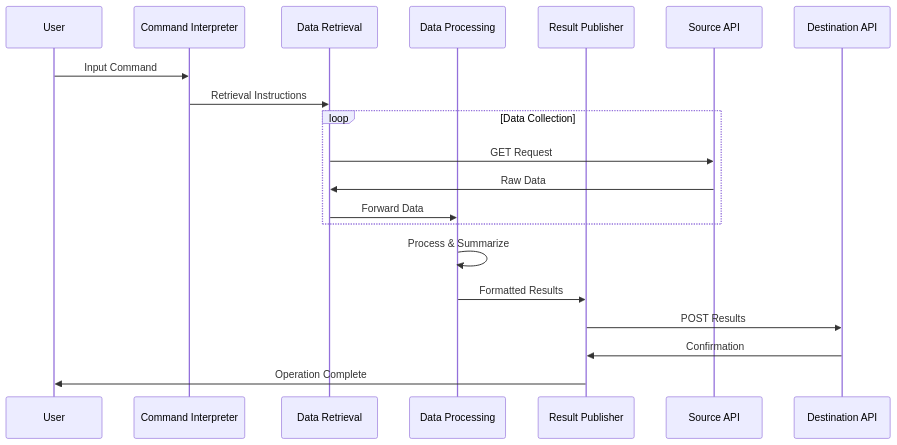
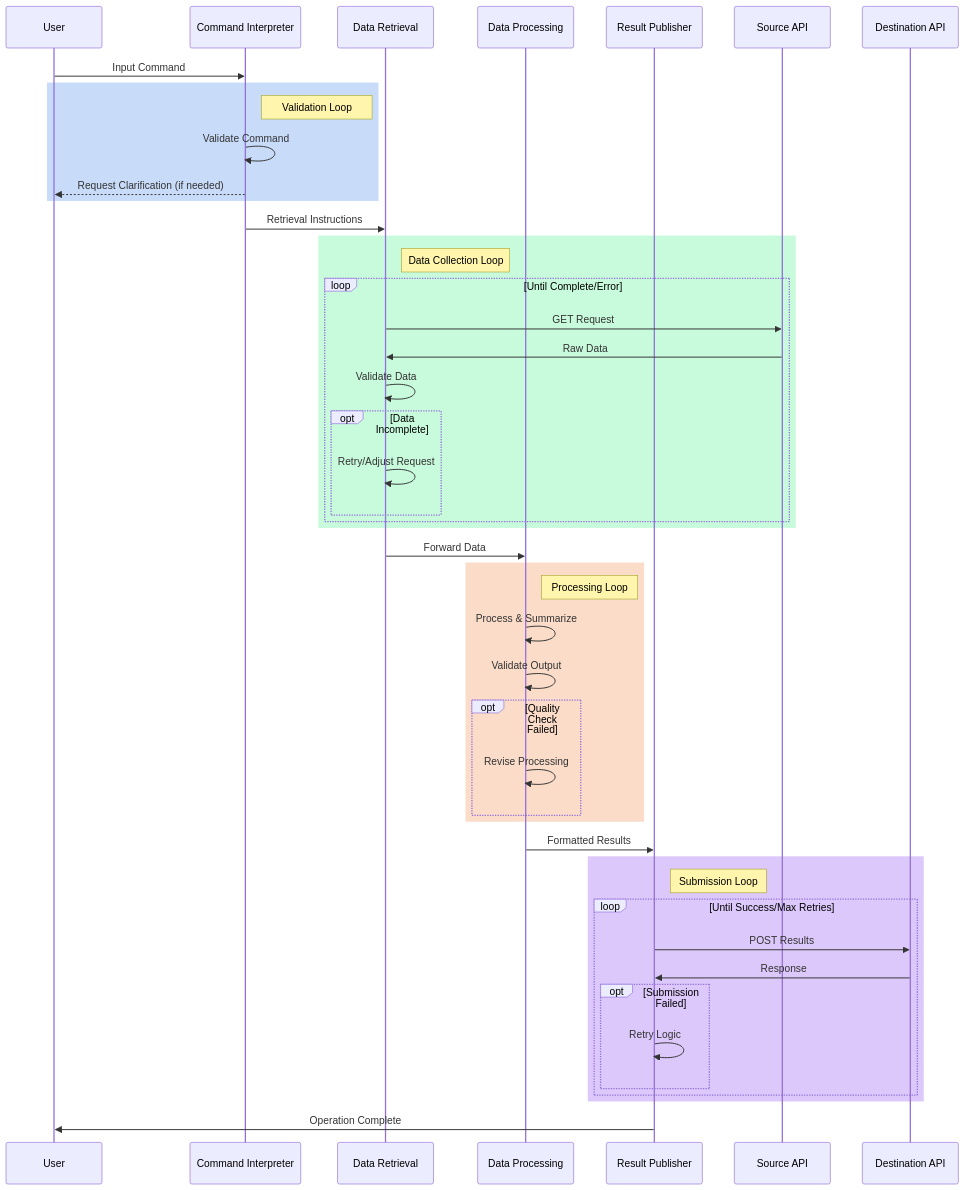
The first of 2 diagrams in DataProcessingFlow/FlowArchitecture.md (Martinb113/AgentWorld), drawn with Mermaid before and after one commit. The commit also changed other lines of this file and 1 other file, not shown here.

Commit message:
Enhance data processing flow with comprehensive validation and feedback loops

````diff
--- a/DataProcessingFlow/FlowArchitecture.md
+++ b/DataProcessingFlow/FlowArchitecture.md
@@ -41,24 +47,56 @@
 ```mermaid
 sequenceDiagram
     participant User
     participant CI as Command Interpreter
     participant DR as Data Retrieval
     participant DP as Data Processing
     participant RP as Result Publisher
 
     User->>CI: Input Command
+    
+    rect rgb(200, 220, 250)
+    note right of CI: Validation Loop
+    CI->>CI: Validate Command
+    CI-->>User: Request Clarification (if needed)
+    end
+
     CI->>DR: Retrieval Instructions
     
-    loop Data Collection
+    rect rgb(200, 250, 220)
+    note right of DR: Data Collection Loop
+    loop Until Complete/Error
         DR->>Source API: GET Request
         Source API->>DR: Raw Data
-        DR->>DP: Forward Data
+        DR->>DR: Validate Data
+        opt Data Incomplete
+            DR->>DR: Retry/Adjust Request
+        end
     end
+    end
+
+    DR->>DP: Forward Data
     
+    rect rgb(250, 220, 200)
+    note right of DP: Processing Loop
     DP->>DP: Process & Summarize
+    DP->>DP: Validate Output
+    opt Quality Check Failed
+        DP->>DP: Revise Processing
+    end
+    end
+
     DP->>RP: Formatted Results
     
-    RP->>Destination API: POST Results
-    Destination API->>RP: Confirmation
+    rect rgb(220, 200, 250)
+    note right of RP: Submission Loop
+    loop Until Success/Max Retries
+        RP->>Destination API: POST Results
+        Destination API->>RP: Response
+        opt Submission Failed
+            RP->>RP: Retry Logic
+        end
+    end
+    end
+
     RP->>User: Operation Complete
 ```
````
